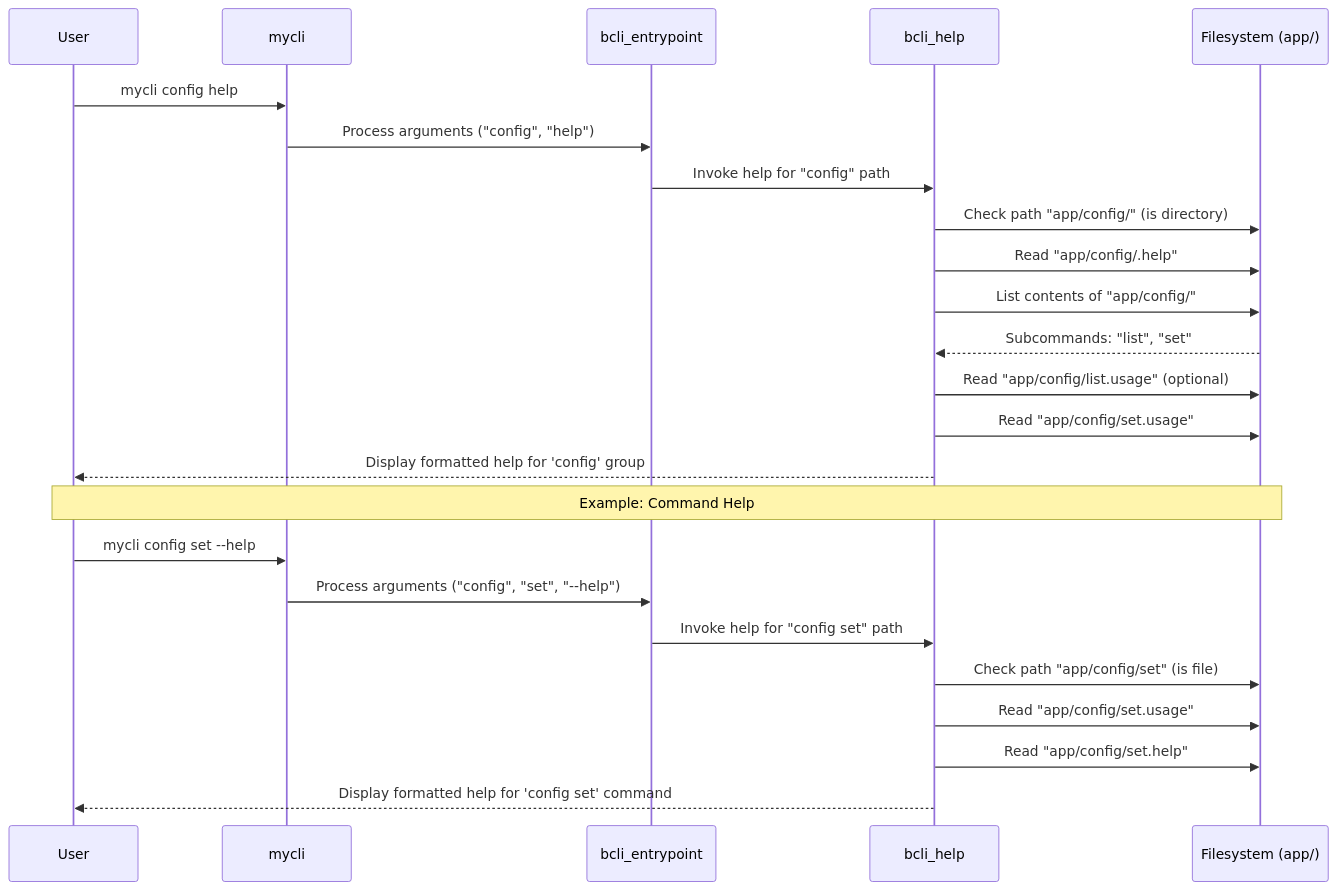
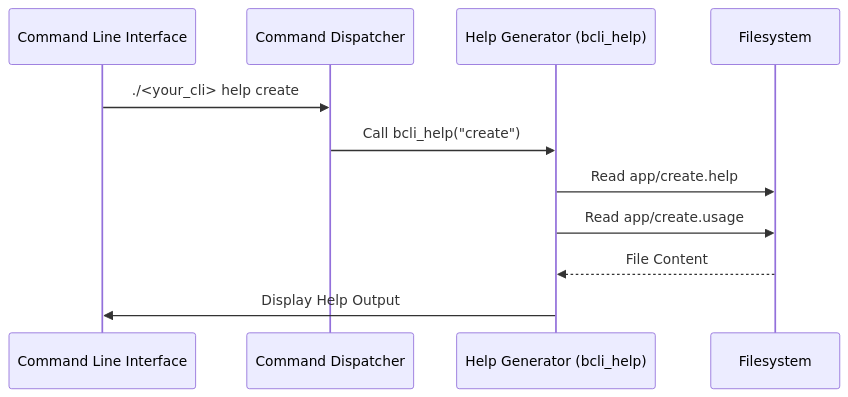
One commit to aireilly/bash-cli-docs-test changed the diagram in docs/03_help_generation_.md. Above: the diagram before and after it, drawn with Mermaid. The commit also changed other lines of this file and 6 other files, not shown here.

````diff
--- a/docs/03_help_generation_.md
+++ b/docs/03_help_generation_.md
@@ -78,28 +45,14 @@
 ```mermaid
 sequenceDiagram
-    participant User
-    participant CLI as mycli
-    participant Dispatcher as bcli_entrypoint
-    participant HelpSystem as bcli_help
-    participant FS as Filesystem (app/)
+    participant CLI as Command Line Interface
+    participant Dispatcher as Command Dispatcher
+    participant HelpGen as Help Generator (bcli_help)
+    participant FS as Filesystem
 
-    User->>CLI: mycli config help
-    CLI->>Dispatcher: Process arguments ("config", "help")
-    Dispatcher->>HelpSystem: Invoke help for "config" path
-    HelpSystem->>FS: Check path "app/config/" (is directory)
-    HelpSystem->>FS: Read "app/config/.help"
-    HelpSystem->>FS: List contents of "app/config/"
-    FS-->>HelpSystem: Subcommands: "list", "set"
-    HelpSystem->>FS: Read "app/config/list.usage" (optional)
-    HelpSystem->>FS: Read "app/config/set.usage"
-    HelpSystem-->>User: Display formatted help for 'config' group
-
-    Note over User, FS: Example: Command Help
-    User->>CLI: mycli config set --help
-    CLI->>Dispatcher: Process arguments ("config", "set", "--help")
-    Dispatcher->>HelpSystem: Invoke help for "config set" path
-    HelpSystem->>FS: Check path "app/config/set" (is file)
-    HelpSystem->>FS: Read "app/config/set.usage"
-    HelpSystem->>FS: Read "app/config/set.help"
-    HelpSystem-->>User: Display formatted help for 'config set' command
+    CLI->>Dispatcher: ./<your_cli> help create
+    Dispatcher->>HelpGen: Call bcli_help("create")
+    HelpGen->>FS: Read app/create.help
+    HelpGen->>FS: Read app/create.usage
+    FS-->>HelpGen: File Content
+    HelpGen->>CLI: Display Help Output
 ```
````
